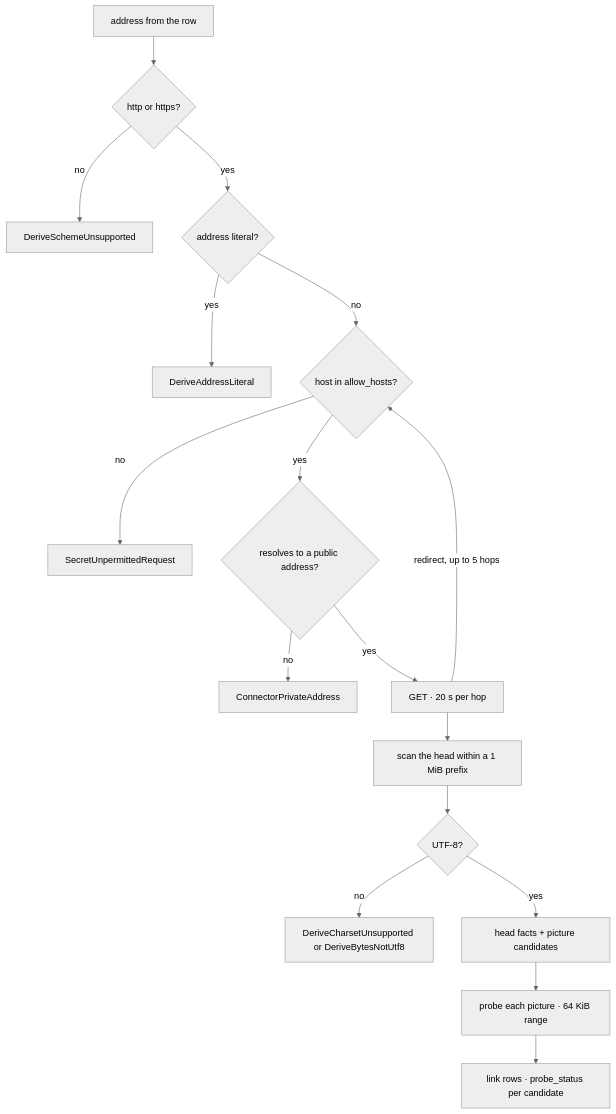
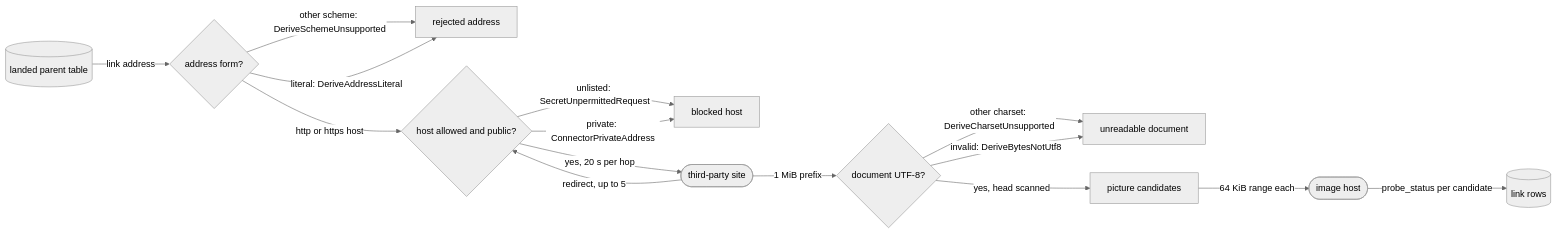
Before and after one commit to fractalboxdev/contextful: the third of 4 diagrams in spec/32-derive.md, drawn with Mermaid (neutral theme). The commit also changed other lines of this file and 44 other files, not shown here.

First line of the commit message:
spec: diagrams draw entities and flows, and the checker enforces it (#12)

````diff
--- a/spec/32-derive.md
+++ b/spec/32-derive.md
@@ -183,19 +173,17 @@
 ```mermaid
-flowchart TD
-  A["address from the row"] --> S{"http or https?"}
-  S -->|no| R1["DeriveSchemeUnsupported"]
-  S -->|yes| L{"address literal?"}
-  L -->|yes| R2["DeriveAddressLiteral"]
-  L -->|no| H{"host in allow_hosts?"}
-  H -->|no| R3["SecretUnpermittedRequest"]
-  H -->|yes| P{"resolves to a public address?"}
-  P -->|no| R4["ConnectorPrivateAddress"]
-  P -->|yes| G["GET · 20 s per hop"]
-  G -->|"redirect, up to 5 hops"| H
-  G --> D["scan the head within a 1 MiB prefix"]
-  D --> C{"UTF-8?"}
-  C -->|no| R5["DeriveCharsetUnsupported or DeriveBytesNotUtf8"]
-  C -->|yes| F["head facts + picture candidates"]
-  F --> PR["probe each picture · 64 KiB range"]
-  PR --> ROW["link rows · probe_status per candidate"]
+flowchart LR
+  PT[("landed parent table")] -->|"link address"| FORM{"address form?"}
+  FORM -->|"other scheme: DeriveSchemeUnsupported"| BAD["rejected address"]
+  FORM -->|"literal: DeriveAddressLiteral"| BAD
+  FORM -->|"http or https host"| HOST{"host allowed and public?"}
+  HOST -->|"unlisted: SecretUnpermittedRequest"| BLOCK["blocked host"]
+  HOST -->|"private: ConnectorPrivateAddress"| BLOCK
+  HOST -->|"yes, 20 s per hop"| SITE(["third-party site"])
+  SITE -->|"redirect, up to 5"| HOST
+  SITE -->|"1 MiB prefix"| TEXT{"document UTF-8?"}
+  TEXT -->|"other charset: DeriveCharsetUnsupported"| UNREAD["unreadable document"]
+  TEXT -->|"invalid: DeriveBytesNotUtf8"| UNREAD
+  TEXT -->|"yes, head scanned"| PICS["picture candidates"]
+  PICS -->|"64 KiB range each"| IMG(["image host"])
+  IMG -->|"probe_status per candidate"| ROWS[("link rows")]
 ```
````
